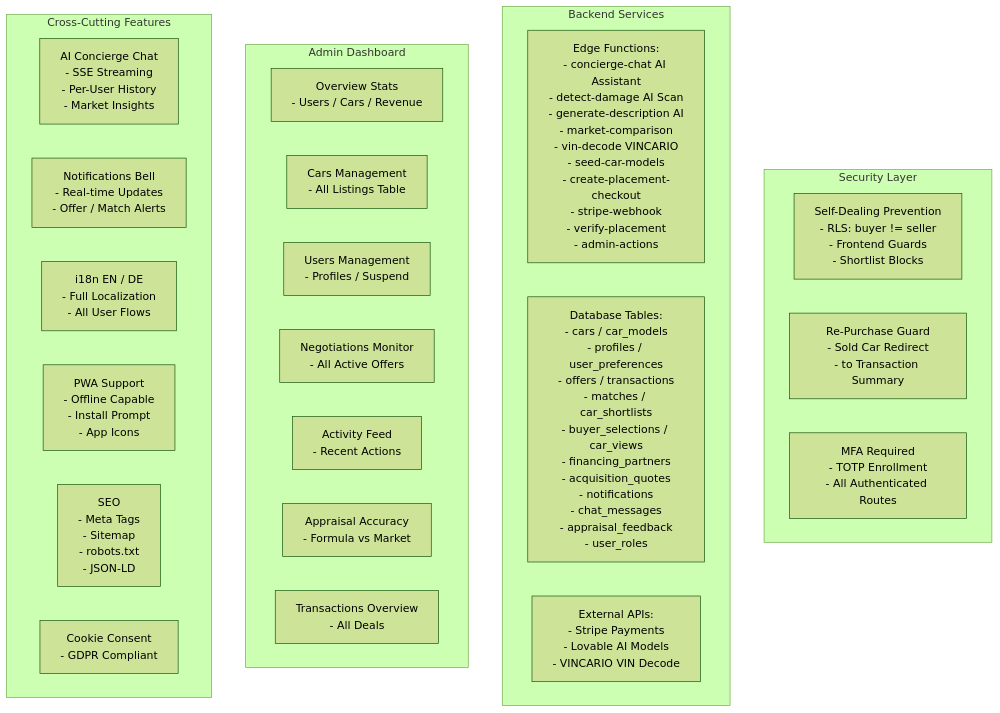
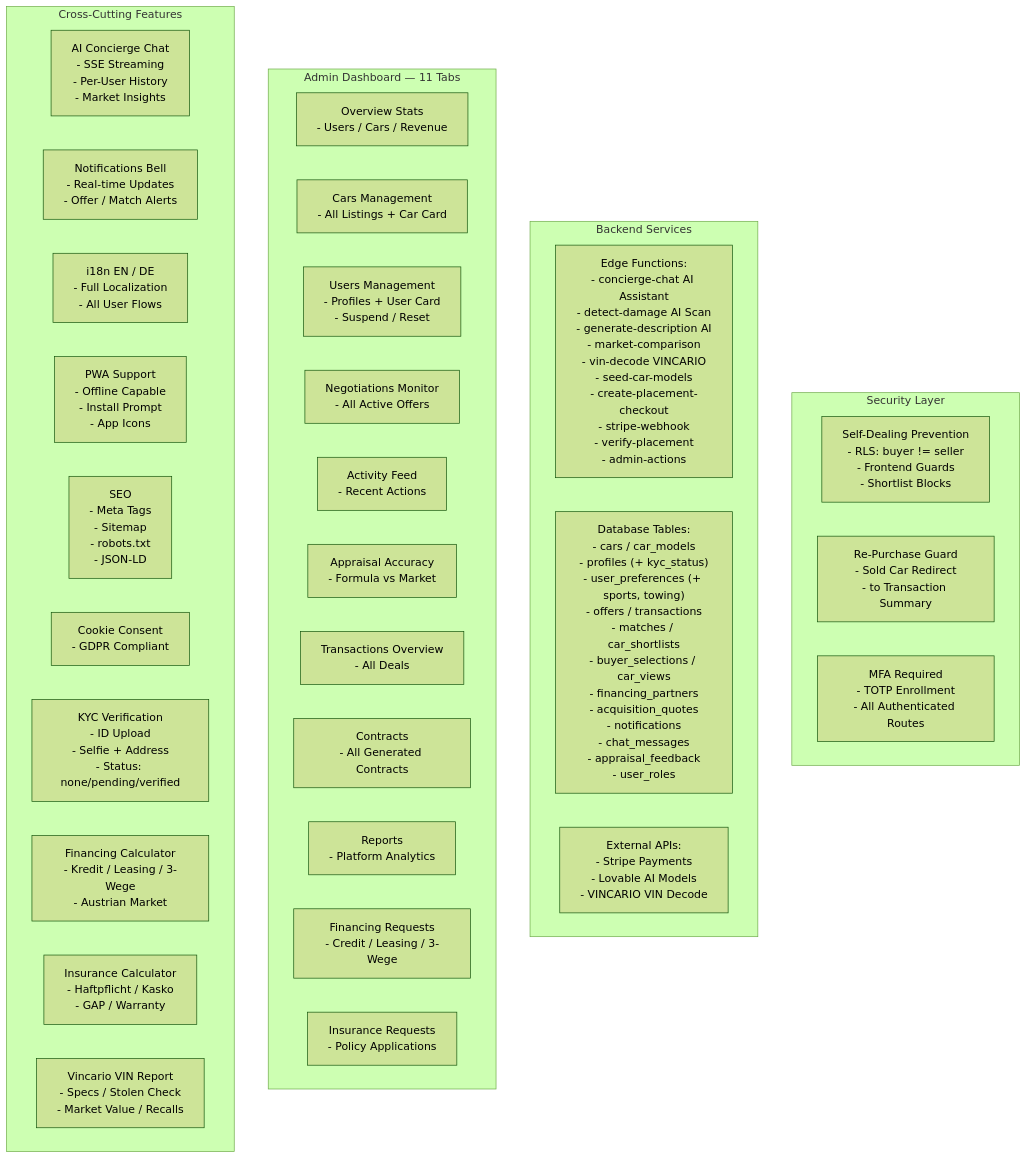
The diagram in docs/system-overview.md (dameco1/autozon), drawn with Mermaid (forest theme) before and after one commit. The commit also changed 6 other files, not shown here.

Commit message:
Update data room docs and schema

````diff
--- a/docs/system-overview.md
+++ b/docs/system-overview.md
@@ -5,33 +5,41 @@
 ```mermaid
 flowchart TD
     subgraph SECURITY["Security Layer"]
         SEC1["Self-Dealing Prevention\n- RLS: buyer != seller\n- Frontend Guards\n- Shortlist Blocks"]
         SEC2["Re-Purchase Guard\n- Sold Car Redirect\n- to Transaction Summary"]
         SEC3["MFA Required\n- TOTP Enrollment\n- All Authenticated Routes"]
     end
 
     subgraph BACKEND["Backend Services"]
         BE1["Edge Functions:\n- concierge-chat AI Assistant\n- detect-damage AI Scan\n- generate-description AI\n- market-comparison\n- vin-decode VINCARIO\n- seed-car-models\n- create-placement-checkout\n- stripe-webhook\n- verify-placement\n- admin-actions"]
-        BE2["Database Tables:\n- cars / car_models\n- profiles / user_preferences\n- offers / transactions\n- matches / car_shortlists\n- buyer_selections / car_views\n- financing_partners\n- acquisition_quotes\n- notifications\n- chat_messages\n- appraisal_feedback\n- user_roles"]
+        BE2["Database Tables:\n- cars / car_models\n- profiles (+ kyc_status)\n- user_preferences (+ sports, towing)\n- offers / transactions\n- matches / car_shortlists\n- buyer_selections / car_views\n- financing_partners\n- acquisition_quotes\n- notifications\n- chat_messages\n- appraisal_feedback\n- user_roles"]
         BE3["External APIs:\n- Stripe Payments\n- Lovable AI Models\n- VINCARIO VIN Decode"]
     end
 
-    subgraph ADMIN["Admin Dashboard"]
+    subgraph ADMIN["Admin Dashboard — 11 Tabs"]
         AD1["Overview Stats\n- Users / Cars / Revenue"]
-        AD2["Cars Management\n- All Listings Table"]
-        AD3["Users Management\n- Profiles / Suspend"]
+        AD2["Cars Management\n- All Listings + Car Card"]
+        AD3["Users Management\n- Profiles + User Card\n- Suspend / Reset"]
         AD4["Negotiations Monitor\n- All Active Offers"]
         AD5["Activity Feed\n- Recent Actions"]
         AD6["Appraisal Accuracy\n- Formula vs Market"]
         AD7["Transactions Overview\n- All Deals"]
+        AD8["Contracts\n- All Generated Contracts"]
+        AD9["Reports\n- Platform Analytics"]
+        AD10["Financing Requests\n- Credit / Leasing / 3-Wege"]
+        AD11["Insurance Requests\n- Policy Applications"]
     end
 
     subgraph FEATURES["Cross-Cutting Features"]
         F1["AI Concierge Chat\n- SSE Streaming\n- Per-User History\n- Market Insights"]
         F2["Notifications Bell\n- Real-time Updates\n- Offer / Match Alerts"]
         F3["i18n EN / DE\n- Full Localization\n- All User Flows"]
         F4["PWA Support\n- Offline Capable\n- Install Prompt\n- App Icons"]
         F5["SEO\n- Meta Tags\n- Sitemap\n- robots.txt\n- JSON-LD"]
         F6["Cookie Consent\n- GDPR Compliant"]
+        F7["KYC Verification\n- ID Upload\n- Selfie + Address\n- Status: none/pending/verified"]
+        F8["Financing Calculator\n- Kredit / Leasing / 3-Wege\n- Austrian Market"]
+        F9["Insurance Calculator\n- Haftpflicht / Kasko\n- GAP / Warranty"]
+        F10["Vincario VIN Report\n- Specs / Stolen Check\n- Market Value / Recalls"]
     end
 ```
````
